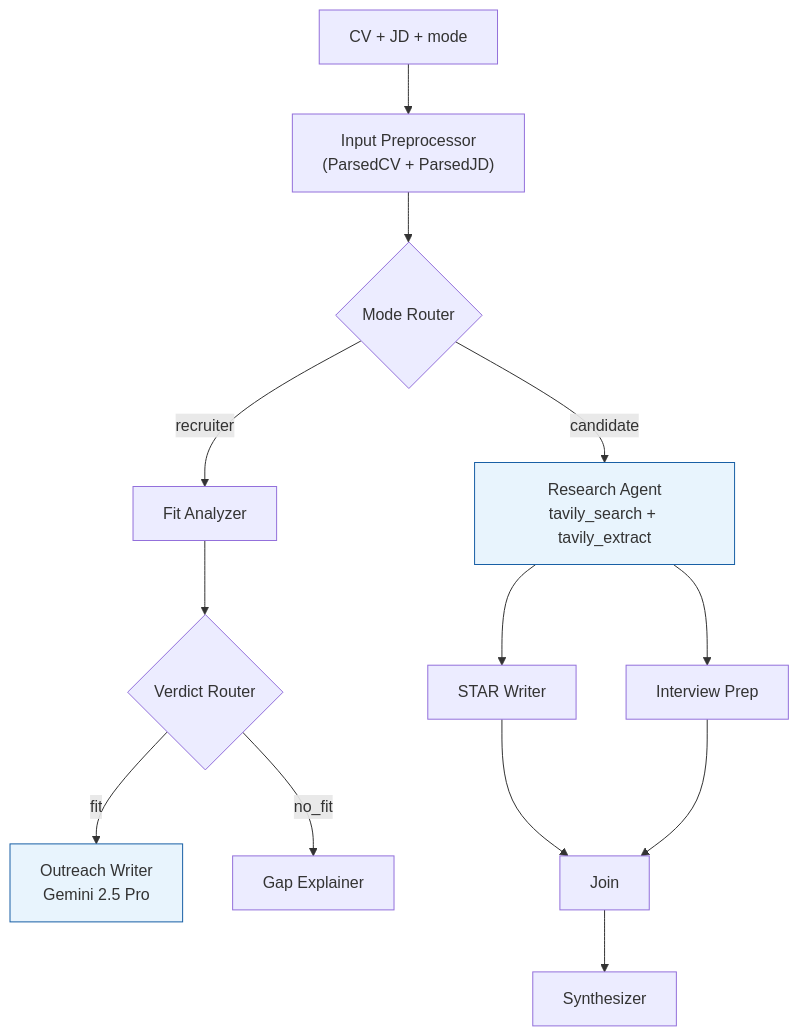
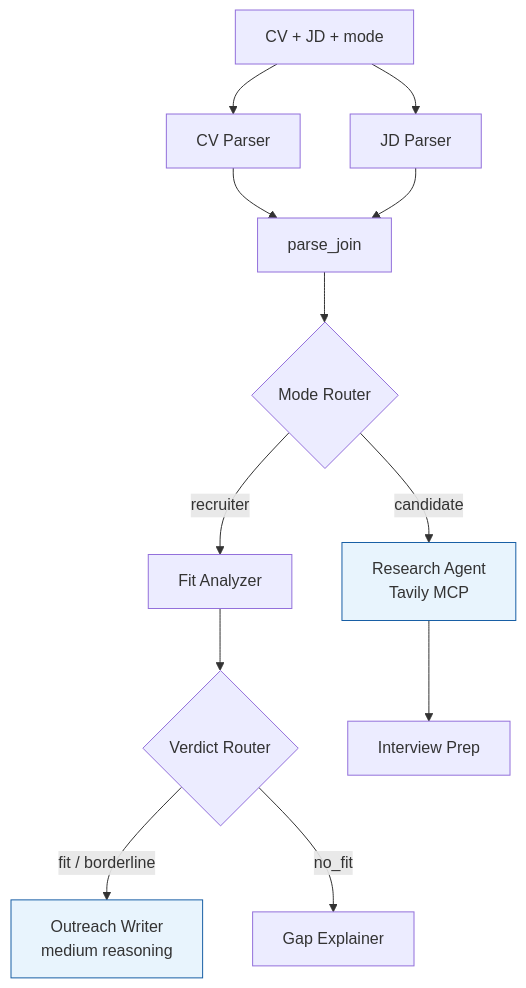
One commit to Naji-Najari/career-copilot changed the diagram in README.md. Above: the diagram before and after it, drawn with Mermaid. The commit also changed other lines of this file and 48 other files, not shown here.

````diff
--- a/README.md
+++ b/README.md
@@ -38,21 +38,20 @@
 ```mermaid
 flowchart TD
-    A["CV + JD + mode"] --> B["Input Preprocessor\n(ParsedCV + ParsedJD)"]
-    B --> C{Mode Router}
+    A["CV + JD + mode"] --> B1[CV Parser]
+    A --> B2[JD Parser]
+    B1 --> J1[parse_join]
+    B2 --> J1
+    J1 --> C{Mode Router}
 
     C -->|recruiter| D[Fit Analyzer]
-    C -->|candidate| E["Research Agent\ntavily_search + tavily_extract"]
+    C -->|candidate| E["Research Agent<br/>Tavily MCP"]
 
     D --> F{Verdict Router}
-    F -->|fit| G["Outreach Writer\nGemini 2.5 Pro"]
+    F -->|fit / borderline| G["Outreach Writer<br/>medium reasoning"]
     F -->|no_fit| H[Gap Explainer]
 
-    E --> I[STAR Writer]
-    E --> J[Interview Prep]
-    I --> K[Join]
-    J --> K
-    K --> L[Synthesizer]
+    E --> I[Interview Prep]
 
     style G fill:#e8f4fd,stroke:#185FA5
     style E fill:#e8f4fd,stroke:#185FA5
 ```
````
